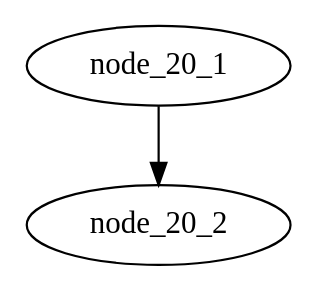
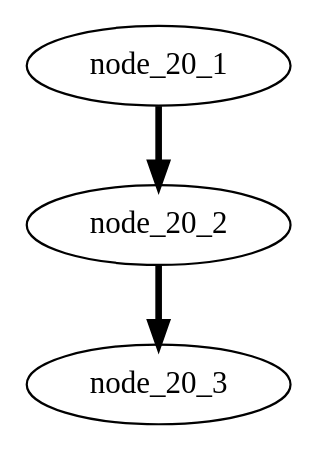
Before and after one commit to graphviz-perl/GraphViz2-Marpa: the diagram in data/20.gv, drawn with Graphviz. The commit also changed 1 other file, not shown here.

```diff
--- a/data/20.gv
+++ b/data/20.gv
@@ -1,4 +1,4 @@
 digraph graph_20
 {
-	node_20_1 -> node_20_2
+	node_20_1 -> node_20_2 -> node_20_3 [penwidth = 3]
 }
```
